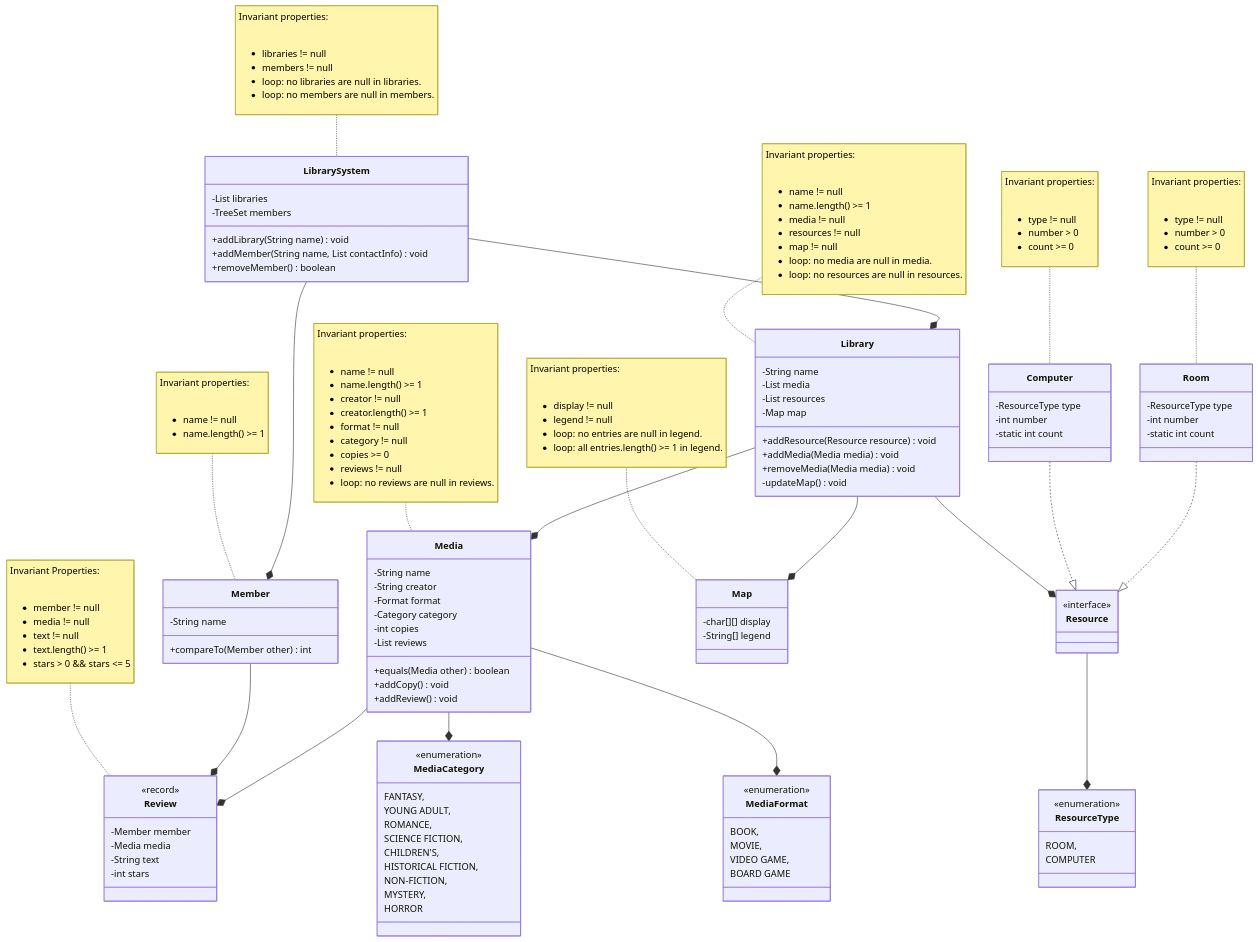
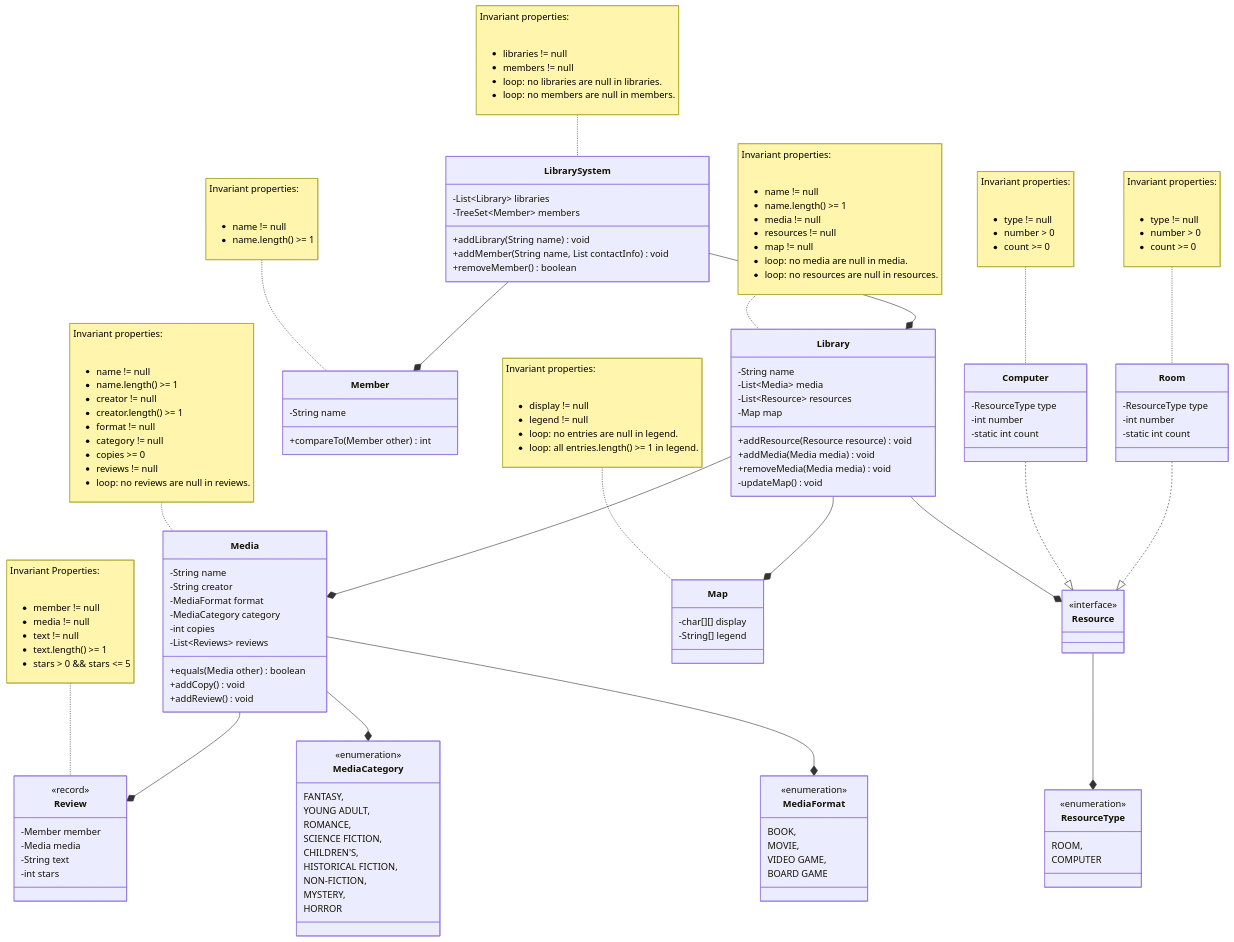
The diagram in README.md (samanthaegilson/LibrarySystem), drawn with Mermaid before and after one commit. The commit also changed 1 other file, not shown here.

Commit message:
Phase 1 feedback

````diff
--- a/README.md
+++ b/README.md
@@ -34,9 +34,10 @@
 ```mermaid
 classDiagram
     class LibrarySystem {
-        -List<Library> libraries
-        %% No duplicate member
-        -TreeSet<Member> members
+        %% Collection of libraries
+        -List~Library~ libraries
+        %% Collection of members with no duplicate members
+        -TreeSet~Member~ members
         
         +addLibrary(String name) void
         +addMember(String name, List<String> contactInfo) void
@@ -54,9 +55,14 @@
     </ul>"
     
     class Library {
+        %% Text for the name of the library
         -String name
-        -List<Media> media
-        -List<Resource> resources
+        %% Collection of media in the library
+        -List~Media~ media
+        %% Collection of resources in the library
+        -List~Resource~ resources
+        %% An overhead visual representation of 
+        %% the library
         -Map map
         
         +addResource(Resource resource) void
@@ -80,11 +86,11 @@
     </ul>"
     
     class Member {
+        %% Text for the name of the member
         -String name
 
         +compareTo(Member other) int
     }
-    Member --* Review
 
     note for Member "Invariant properties:
     <ul>
@@ -94,13 +100,18 @@
 
     
     class Media {
+        %% Text for the name of the media
         -String name
+        %% Text for the name of the creator
         -String creator
-        -Format format
-        -Category category
-        %% Has to be a positive number
+        %% The type of format
+        -MediaFormat format
+        %% The type of category or genre
+        -MediaCategory category
+        %% Has to be a positive number or zero
         -int copies
-        -List<Reviews> reviews
+        %% Collection of reviews about the media
+        -List~Reviews~ reviews
  
         +equals(Media other) boolean
         +addCopy() void
@@ -129,8 +140,12 @@
     Resource --* ResourceType
     
     class Computer {
+        %% The type of resource
         -ResourceType type
+        %% A positive number representing the
+        %% amount in a library
         -int number
+        %% Has to be a positive number or zero
         -static int count
     }
     Computer ..|> Resource
@@ -143,8 +158,12 @@
     </ul>"
     
     class Room {
+        %% The type of resource
         -ResourceType type
+        %% A positive number representing the
+        %% amount in a library
         -int number
+        %% Has to be a positive number or zero
         -static int count
     }
     Room ..|> Resource
@@ -159,6 +178,7 @@
     class Map {
         %% An overhead visual representation of the map
         -char[][] display
+        %% A list of what every symbol represents
         -String[] legend
     }
 
@@ -172,8 +192,12 @@
     
     class Review {
         <<record>>
+        %% The member who made the review
         -Member member
+        %% The media the review is about
         -Media media
+        %% Text that expresses the member's 
+        %% opinion on the media
         -String text
         %% Number between 1 and 5
         -int stars
````
